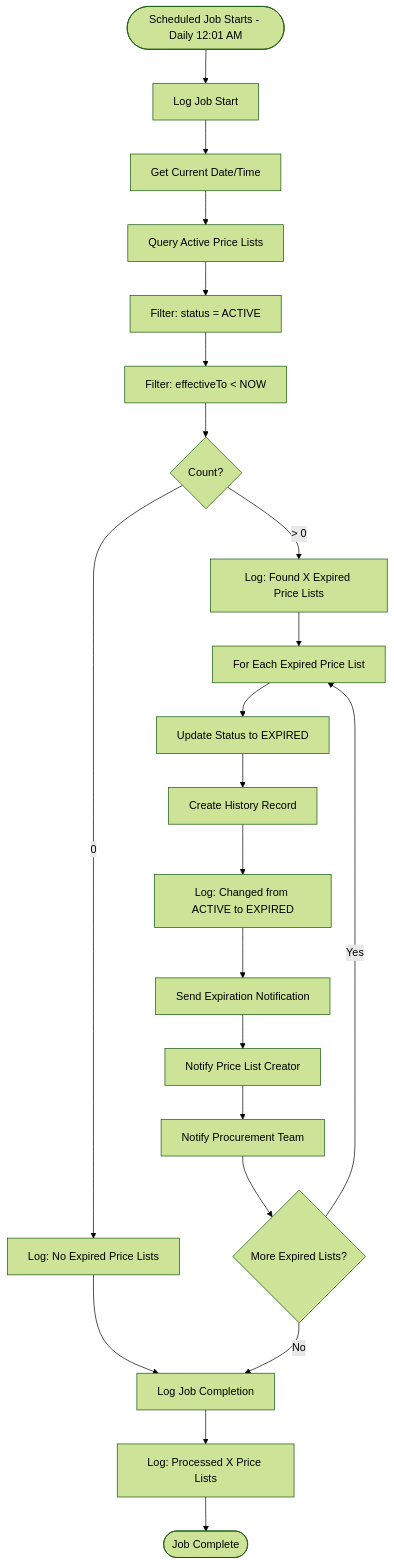
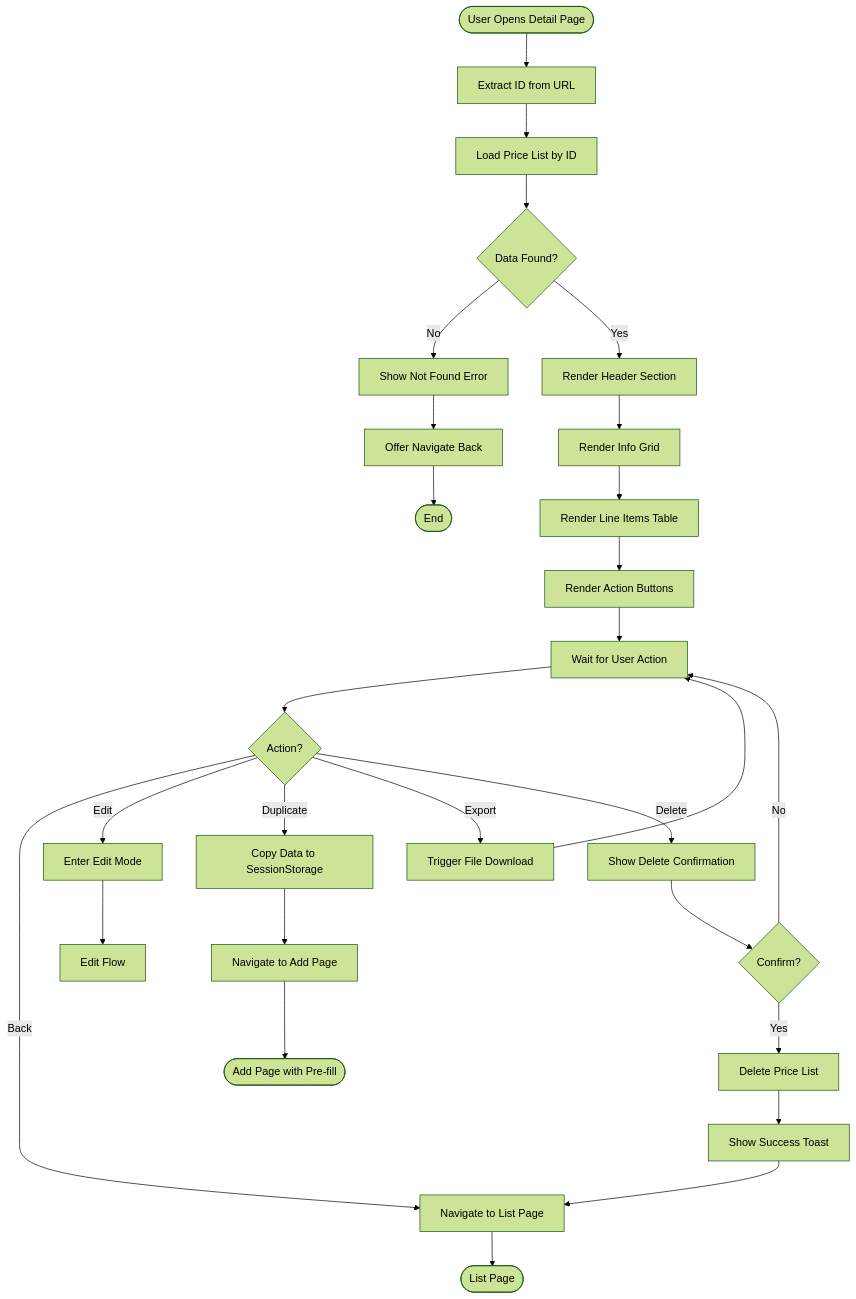
One commit to CarmenSoftware-organization/carmen changed the eighth of 18 diagrams in docs/app/vendor-management/price-lists/FD-price-lists.md. Above: the diagram before and after it, drawn with Mermaid (forest theme). The commit also changed other lines of this file and 1788 other files, not shown here.

````diff
--- a/docs/app/vendor-management/price-lists/FD-price-lists.md
+++ b/docs/app/vendor-management/price-lists/FD-price-lists.md
@@ -1747,31 +248,36 @@
 ```mermaid
-flowchart TD
-    Start([Scheduled Job Starts - Daily 12:01 AM]) --> LogStart[Log Job Start]
-    LogStart --> GetCurrentDate[Get Current Date/Time]
+graph TD
+    Start([User Opens Detail Page]) --> ExtractId[Extract ID from URL]
+    ExtractId --> LoadData[Load Price List by ID]
+    LoadData --> DataFound{Data Found?}
 
-    GetCurrentDate --> QueryExpired[Query Active Price Lists]
-    QueryExpired --> FilterActive[Filter: status = ACTIVE]
-    FilterActive --> FilterExpired[Filter: effectiveTo < NOW]
+    DataFound -->|No| ShowError[Show Not Found Error]
+    ShowError --> OfferBack[Offer Navigate Back]
+    OfferBack --> End1([End])
 
-    FilterExpired --> CountExpired{Count?}
-    CountExpired -->|0| NoExpired[Log: No Expired Price Lists]
-    NoExpired --> JobComplete
+    DataFound -->|Yes| RenderHeader[Render Header Section]
+    RenderHeader --> RenderInfoGrid[Render Info Grid]
+    RenderInfoGrid --> RenderLineItems[Render Line Items Table]
+    RenderLineItems --> RenderActions[Render Action Buttons]
+    RenderActions --> WaitAction[Wait for User Action]
 
-    CountExpired -->|> 0| LogFound[Log: Found X Expired Price Lists]
-    LogFound --> ForEachExpired[For Each Expired Price List]
+    WaitAction --> ActionChoice{Action?}
 
-    ForEachExpired --> UpdateStatus[Update Status to EXPIRED]
-    UpdateStatus --> CreateHistoryRecord[Create History Record]
-    CreateHistoryRecord --> LogChange[Log: Changed from ACTIVE to EXPIRED]
-    LogChange --> SendNotification[Send Expiration Notification]
+    ActionChoice -->|Back| NavigateList[Navigate to List Page]
+    ActionChoice -->|Edit| EnterEditMode[Enter Edit Mode]
+    ActionChoice -->|Duplicate| CopyData[Copy Data to SessionStorage]
+    ActionChoice -->|Export| TriggerDownload[Trigger File Download]
+    ActionChoice -->|Delete| ShowDeleteDialog[Show Delete Confirmation]
 
-    SendNotification --> NotifyCreator[Notify Price List Creator]
-    NotifyCreator --> NotifyProcurement[Notify Procurement Team]
-    NotifyProcurement --> MoreExpired{More Expired Lists?}
+    NavigateList --> End2([List Page])
+    EnterEditMode --> EditFlow[Edit Flow]
+    CopyData --> NavigateAdd[Navigate to Add Page]
+    NavigateAdd --> End3([Add Page with Pre-fill])
+    TriggerDownload --> WaitAction
 
-    MoreExpired -->|Yes| ForEachExpired
-    MoreExpired -->|No| JobComplete[Log Job Completion]
-
-    JobComplete --> LogStats[Log: Processed X Price Lists]
-    LogStats --> End([Job Complete])
+    ShowDeleteDialog --> ConfirmDelete{Confirm?}
+    ConfirmDelete -->|No| WaitAction
+    ConfirmDelete -->|Yes| DeleteRecord[Delete Price List]
+    DeleteRecord --> ShowSuccess[Show Success Toast]
+    ShowSuccess --> NavigateList
 ```
````
